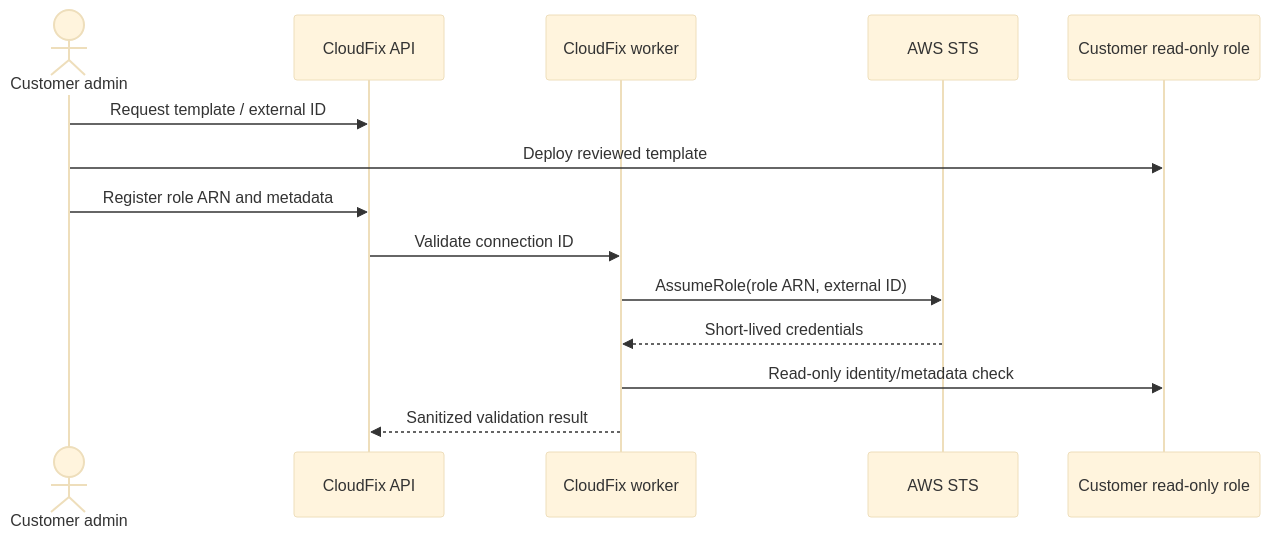
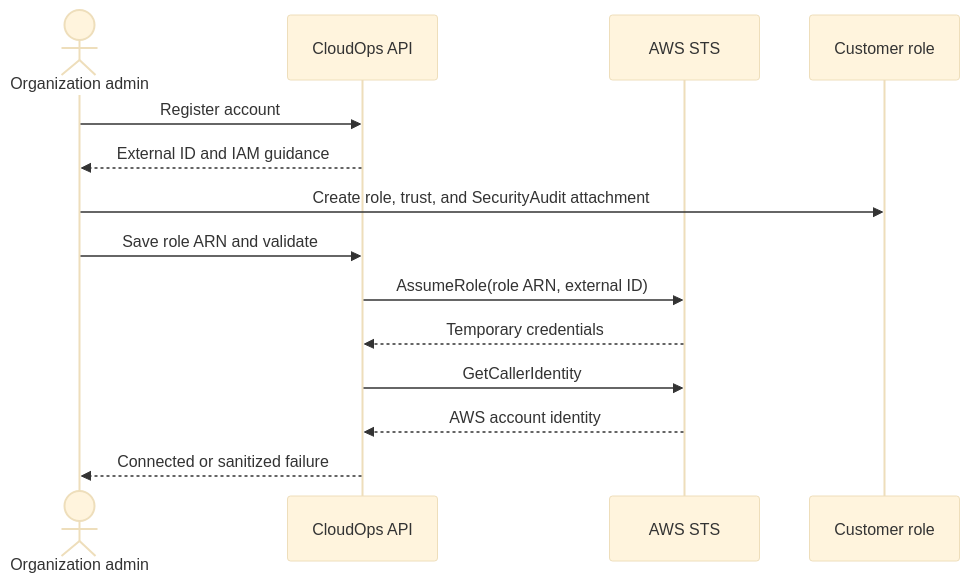
Before and after one commit to cloudops-project/CloudOps: the diagram in docs/architecture/aws-account-onboarding.md, drawn with Mermaid (base theme). The commit also changed other lines of this file and 63 other files, not shown here.

````diff
--- a/docs/architecture/aws-account-onboarding.md
+++ b/docs/architecture/aws-account-onboarding.md
@@ -17,16 +17,16 @@
 ```mermaid
 sequenceDiagram
-  actor A as Customer admin
-  participant C as CloudFix API
-  participant W as CloudFix worker
+  actor A as Organization admin
+  participant C as CloudOps API
   participant S as AWS STS
-  participant R as Customer read-only role
-  A->>C: Request template / external ID
-  A->>R: Deploy reviewed template
-  A->>C: Register role ARN and metadata
-  C->>W: Validate connection ID
-  W->>S: AssumeRole(role ARN, external ID)
-  S-->>W: Short-lived credentials
-  W->>R: Read-only identity/metadata check
-  W-->>C: Sanitized validation result
+  participant R as Customer role
+  A->>C: Register account
+  C-->>A: External ID and IAM guidance
+  A->>R: Create role, trust, and SecurityAudit attachment
+  A->>C: Save role ARN and validate
+  C->>S: AssumeRole(role ARN, external ID)
+  S-->>C: Temporary credentials
+  C->>S: GetCallerIdentity
+  S-->>C: AWS account identity
+  C-->>A: Connected or sanitized failure
 ```
````
